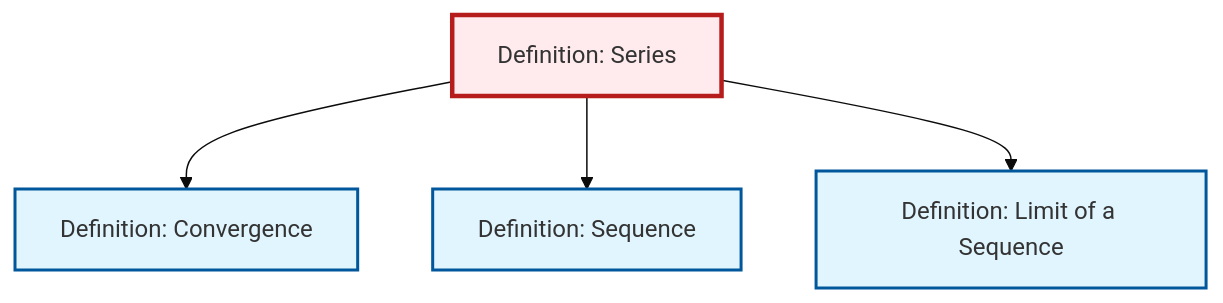
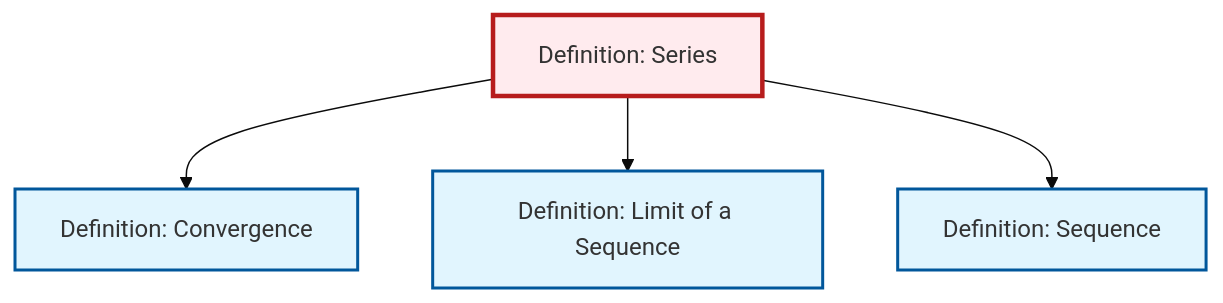
One commit to RK0429/ModernMath changed the diagram in content/en/analysis/def-series.qmd. Above: the diagram before and after it, drawn with Mermaid (base theme). The commit also changed other lines of this file and 615 other files, not shown here.

````diff
--- a/content/en/analysis/def-series.qmd
+++ b/content/en/analysis/def-series.qmd
@@ -89,20 +89,20 @@
 ```{mermaid}
 %%| fig-cap: "Local dependency graph"
 graph TD
     classDef definition fill:#e1f5fe,stroke:#01579b,stroke-width:2px
     classDef theorem fill:#f3e5f5,stroke:#4a148c,stroke-width:2px
     classDef axiom fill:#fff3e0,stroke:#e65100,stroke-width:2px
     classDef example fill:#e8f5e9,stroke:#1b5e20,stroke-width:2px
     classDef current fill:#ffebee,stroke:#b71c1c,stroke-width:3px
+    def-sequence["Definition: Sequence"]:::definition
+    def-series["Definition: Series"]:::definition
+    def-convergence["Definition: Convergence"]:::definition
     def-limit["Definition: Limit of a Sequence"]:::definition
-    def-sequence["Definition: Sequence"]:::definition
-    def-convergence["Definition: Convergence"]:::definition
-    def-series["Definition: Series"]:::definition
     def-series --> def-convergence
+    def-series --> def-limit
     def-series --> def-sequence
-    def-series --> def-limit
     class def-series current
-    click def-limit "def-limit.html" "Go to Limit of a Sequence definition"
     click def-sequence "def-sequence.html" "Go to Sequence definition"
     click def-convergence "def-convergence.html" "Go to Convergence definition"
+    click def-limit "def-limit.html" "Go to Limit of a Sequence definition"
 ```
````
